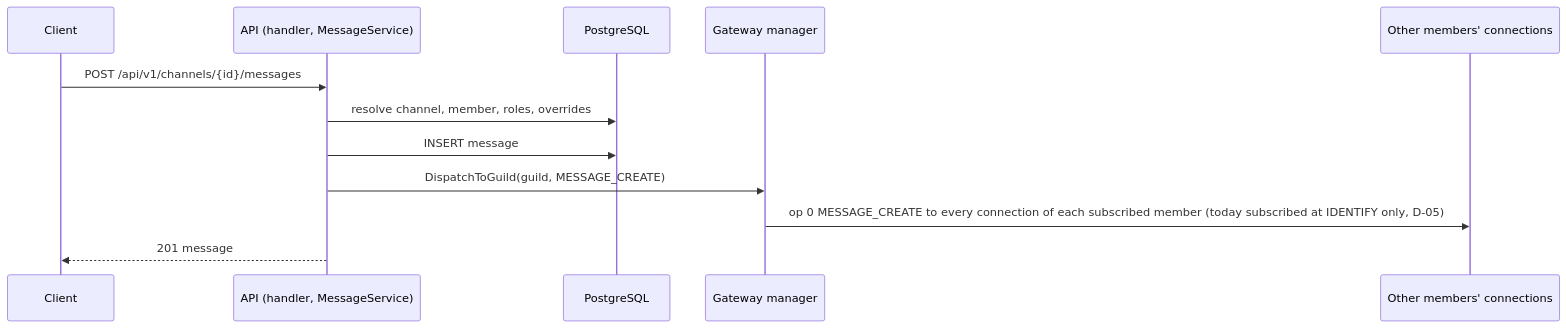
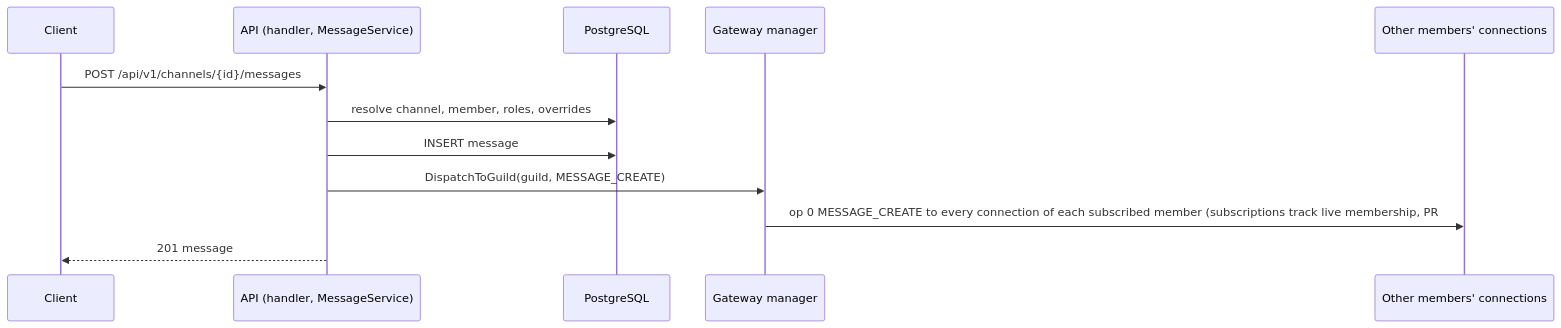
One commit to LLRHook/retrocast changed the third of 6 diagrams in docs/ARCHITECTURE.md. Above: the diagram before and after it, drawn with Mermaid. The commit also changed other lines of this file and 25 other files, not shown here.

````diff
--- a/docs/ARCHITECTURE.md
+++ b/docs/ARCHITECTURE.md
@@ -130,14 +130,14 @@
 ```mermaid
 sequenceDiagram
   participant C as Client
   participant A as API (handler, MessageService)
   participant P as PostgreSQL
   participant G as Gateway manager
   participant O as Other members' connections
   C->>A: POST /api/v1/channels/{id}/messages
   A->>P: resolve channel, member, roles, overrides
   A->>P: INSERT message
   A->>G: DispatchToGuild(guild, MESSAGE_CREATE)
-  G->>O: op 0 MESSAGE_CREATE to every connection of each subscribed member (today subscribed at IDENTIFY only, D-05)
+  G->>O: op 0 MESSAGE_CREATE to every connection of each subscribed member (subscriptions track live membership, PR #50)
   A-->>C: 201 message
 ```
````
